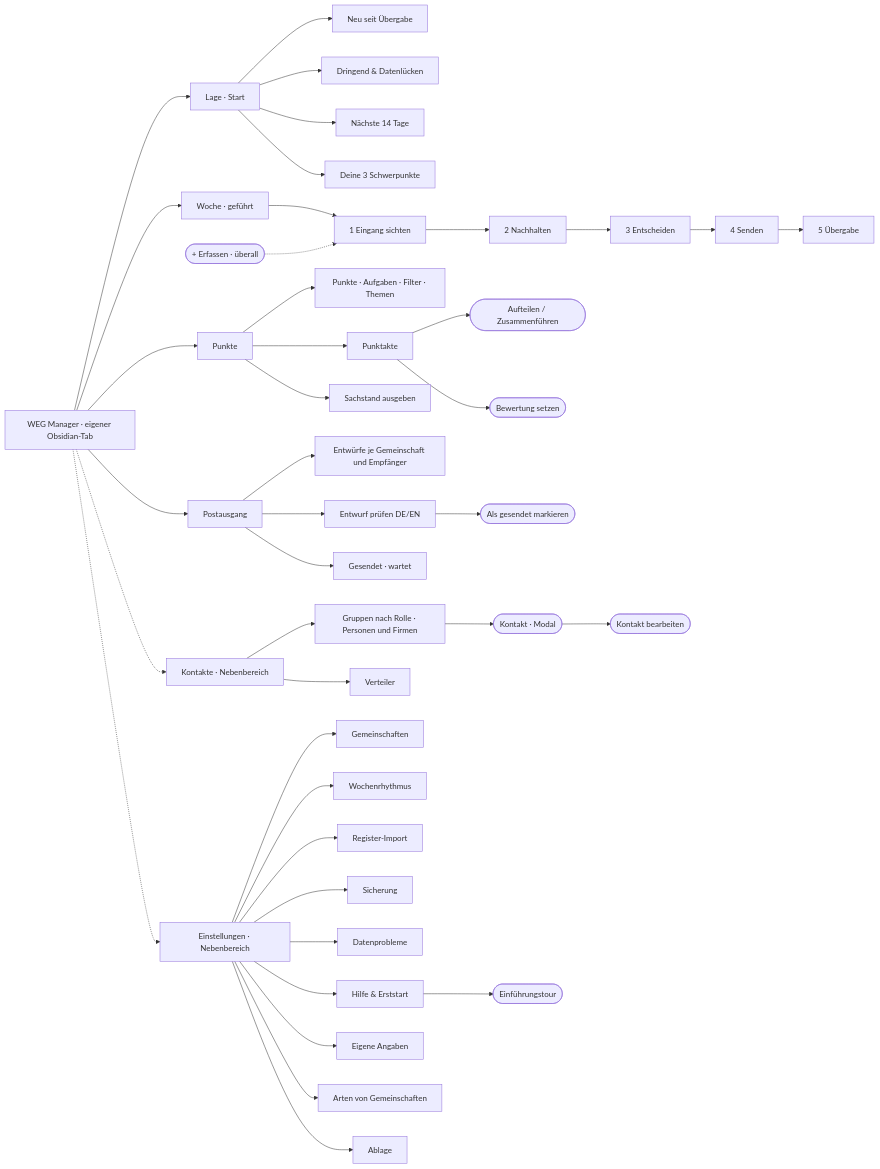
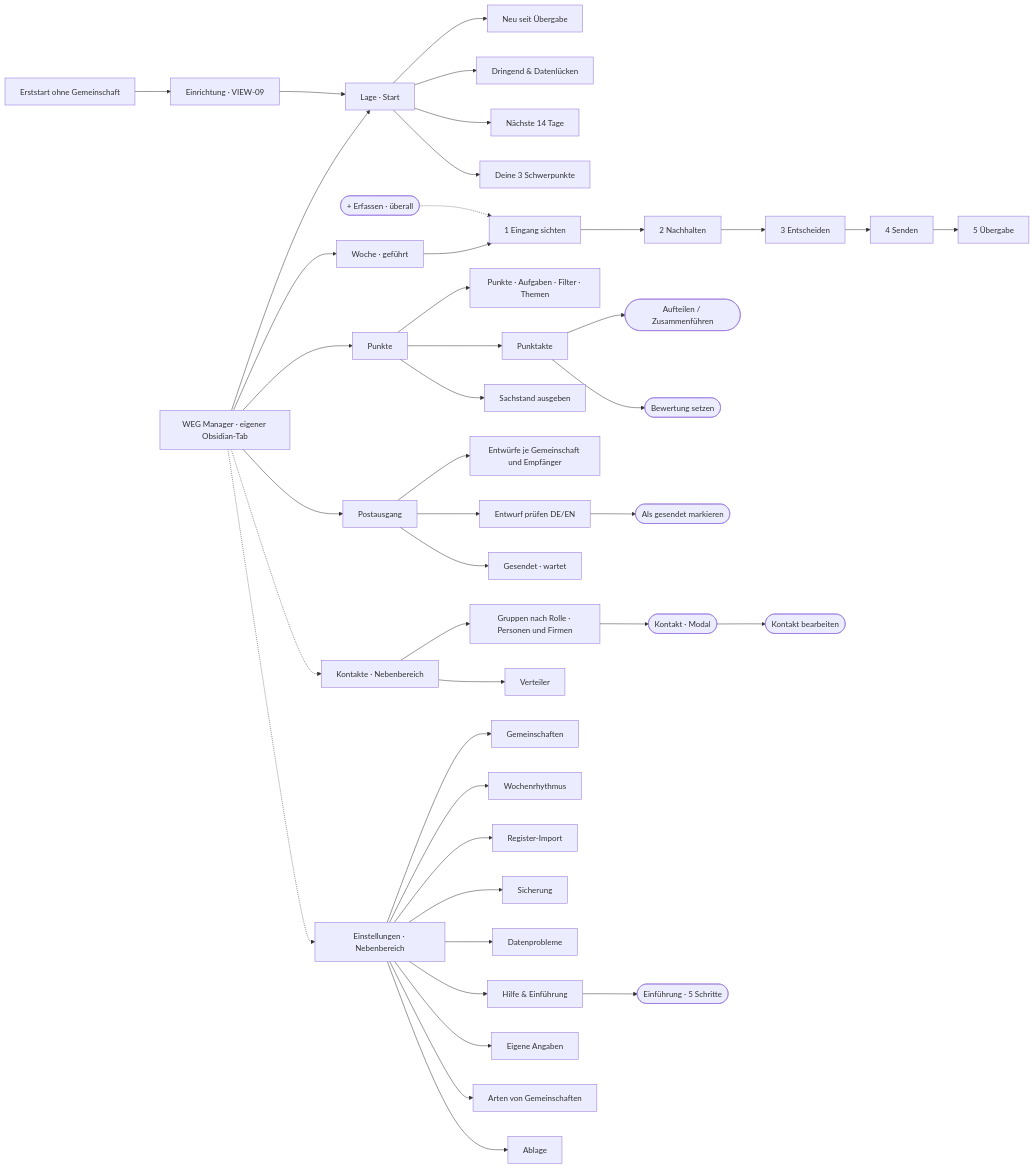
One commit to Luis85/weg-manager changed the diagram in docs/design/sitemap/00 - Sitemap.md. Above: the diagram before and after it, drawn with Mermaid. The commit also changed other lines of this file and 21 other files, not shown here.

First line of the commit message:
docs: Onboarding-Feature F-25 mit Research, Flow, Ansicht und PBIs

````diff
--- a/docs/design/sitemap/00 - Sitemap.md
+++ b/docs/design/sitemap/00 - Sitemap.md
@@ -31,43 +32,45 @@
 ```mermaid
 flowchart LR
   R[WEG Manager · eigener Obsidian-Tab]
   R --> L[Lage · Start]
   R --> W[Woche · geführt]
   R --> P[Punkte]
   R --> O[Postausgang]
   R -.-> K[Kontakte · Nebenbereich]
   R -.-> S[Einstellungen · Nebenbereich]
   L --> L1[Neu seit Übergabe]
   L --> L2[Dringend & Datenlücken]
   L --> L3[Nächste 14 Tage]
   L --> L4[Deine 3 Schwerpunkte]
   W --> W1[1 Eingang sichten]
   W1 --> W2[2 Nachhalten]
   W2 --> W3[3 Entscheiden]
   W3 --> W4[4 Senden]
   W4 --> W5[5 Übergabe]
   P --> P1[Punkte · Aufgaben · Filter · Themen]
   P --> P2[Punktakte]
   P2 --> P3([Aufteilen / Zusammenführen])
   P2 --> P4([Bewertung setzen])
   P --> P5[Sachstand ausgeben]
   O --> O1[Entwürfe je Gemeinschaft und Empfänger]
   O --> O2[Entwurf prüfen DE/EN]
   O2 --> O3([Als gesendet markieren])
   O --> O4[Gesendet · wartet]
   K --> K1[Gruppen nach Rolle · Personen und Firmen]
   K --> K2[Verteiler]
   K1 --> K4([Kontakt · Modal])
   K4 --> K3([Kontakt bearbeiten])
   S --> S1[Gemeinschaften]
   S --> S2[Wochenrhythmus]
   S --> S3[Register-Import]
   S --> S4[Sicherung]
   S --> S5[Datenprobleme]
-  S --> S6[Hilfe & Erststart]
-  S6 --> S7([Einführungstour])
+  S --> S6[Hilfe & Einführung]
+  S6 --> S7([Einführung · 5 Schritte])
+  E0[Erststart ohne Gemeinschaft] --> E1[Einrichtung · VIEW-09]
+  E1 --> L
   S --> S8[Eigene Angaben]
   S --> S9[Arten von Gemeinschaften]
   S --> S10[Ablage]
   G([+ Erfassen · überall]) -.-> W1
 ```
````
